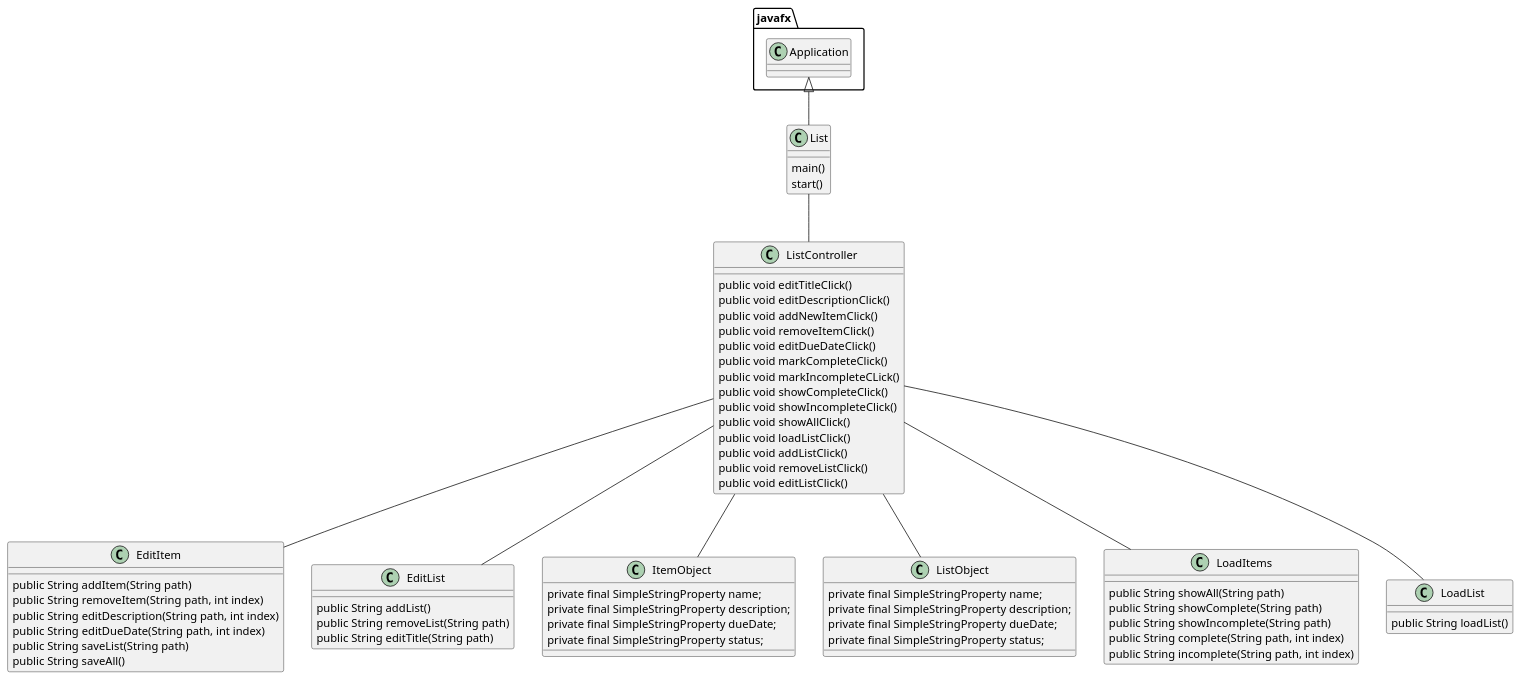
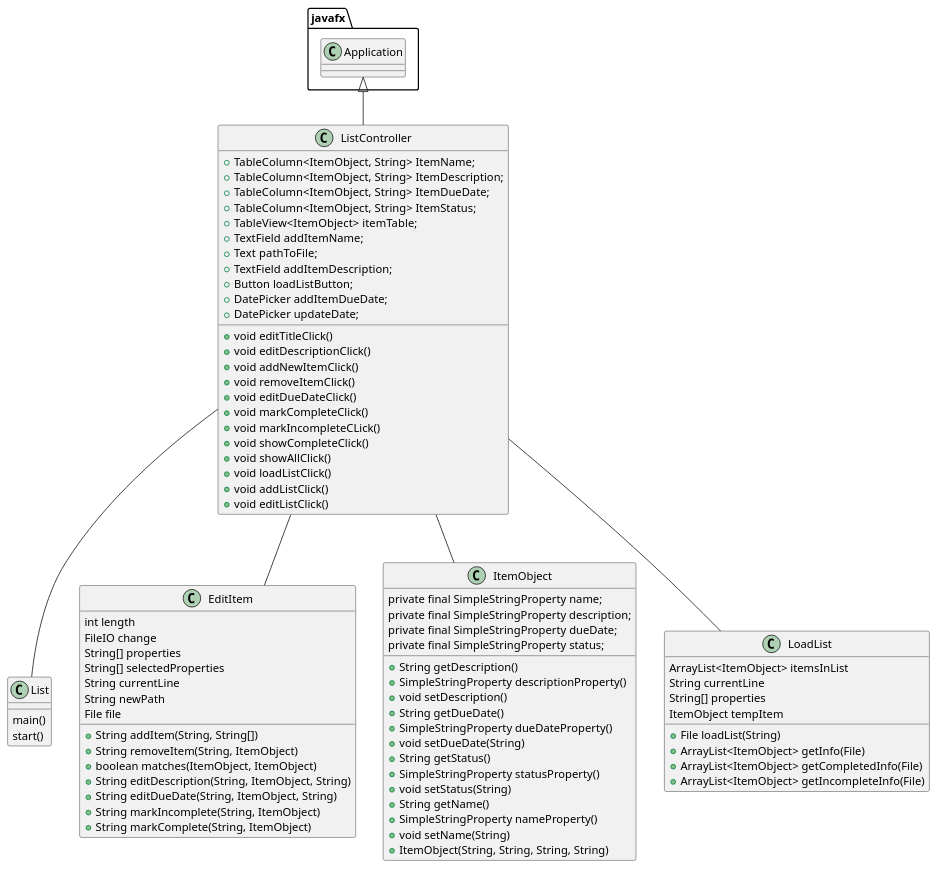
One commit to MicahPB01/Puccio-Ball-cop3330-assignment4part2 changed the diagram in uml/List.puml. Above: the diagram before and after it, drawn with PlantUML. The commit also changed 10 other files, not shown here.

```diff
--- a/uml/List.puml
+++ b/uml/List.puml
@@ -1,76 +1,95 @@
 @startuml
 'https://plantuml.com/sequence-diagram
 
 class List{
     main()
     start()
 
 }
 class ListController{
-public void editTitleClick()
-public void editDescriptionClick()
-public void addNewItemClick()
-public void removeItemClick()
-public void editDueDateClick()
-public void markCompleteClick()
-public void markIncompleteCLick()
-public void showCompleteClick()
-public void showIncompleteClick()
-public void showAllClick()
-public void loadListClick()
-public void addListClick()
-public void removeListClick()
-public void editListClick()
++TableColumn<ItemObject, String> ItemName;
++TableColumn<ItemObject, String> ItemDescription;
++TableColumn<ItemObject, String> ItemDueDate;
++TableColumn<ItemObject, String> ItemStatus;
++TableView<ItemObject> itemTable;
++TextField addItemName;
++Text pathToFile;
++TextField addItemDescription;
++Button loadListButton;
++DatePicker addItemDueDate;
++DatePicker updateDate;
++void editTitleClick()
++void editDescriptionClick()
++void addNewItemClick()
++void removeItemClick()
++void editDueDateClick()
++void markCompleteClick()
++void markIncompleteCLick()
++void showCompleteClick()
++void showAllClick()
++void loadListClick()
++void addListClick()
++void editListClick()
 }
 
 class EditItem{
-    public String addItem(String path)
-    public String removeItem(String path, int index)
-    public String editDescription(String path, int index)
-    public String editDueDate(String path, int index)
-    public String saveList(String path)
-    public String saveAll()
+int length
+FileIO change
+String[] properties
+String[] selectedProperties
+String currentLine
+String newPath
+File file
++String addItem(String, String[])
++String removeItem(String, ItemObject)
++boolean matches(ItemObject, ItemObject)
++String editDescription(String, ItemObject, String)
++String editDueDate(String, ItemObject, String)
++String markIncomplete(String, ItemObject)
++String markComplete(String, ItemObject)
 }
-class EditList{
-    public String addList()
-    public String removeList(String path)
-    public String editTitle(String path)
-}
+
 class ItemObject{
     private final SimpleStringProperty name;
     private final SimpleStringProperty description;
     private final SimpleStringProperty dueDate;
     private final SimpleStringProperty status;
+    +String getDescription()
+    +SimpleStringProperty descriptionProperty()
+    +void setDescription()
+    +String getDueDate()
+    +SimpleStringProperty dueDateProperty()
+    +void setDueDate(String)
+    +String getStatus()
+    +SimpleStringProperty statusProperty()
+    +void setStatus(String)
+    +String getName()
+    +SimpleStringProperty nameProperty()
+    +void setName(String)
+    +ItemObject(String, String, String, String)
 }
-class ListObject{
-    private final SimpleStringProperty name;
-    private final SimpleStringProperty description;
-    private final SimpleStringProperty dueDate;
-    private final SimpleStringProperty status;
-}
-class LoadItems{
-public String showAll(String path)
-public String showComplete(String path)
-public String showIncomplete(String path)
-public String complete(String path, int index)
-public String incomplete(String path, int index)
-}
+
 class LoadList{
-public String loadList()
+    ArrayList<ItemObject> itemsInList
+    String currentLine
+    String[] properties
+    ItemObject tempItem
+    +File loadList(String)
+    +ArrayList<ItemObject> getInfo(File)
+    +ArrayList<ItemObject> getCompletedInfo(File)
+    +ArrayList<ItemObject> getIncompleteInfo(File)
+
 }
 
 
 
-javafx.Application <|-- List
+javafx.Application <|-- ListController
 
-List -- ListController
+ListController -- List
 ListController -- EditItem
-ListController -- EditList
 ListController -- ItemObject
-ListController -- ListObject
-ListController -- LoadItems
 ListController -- LoadList
 
 
 
 @enduml
```
